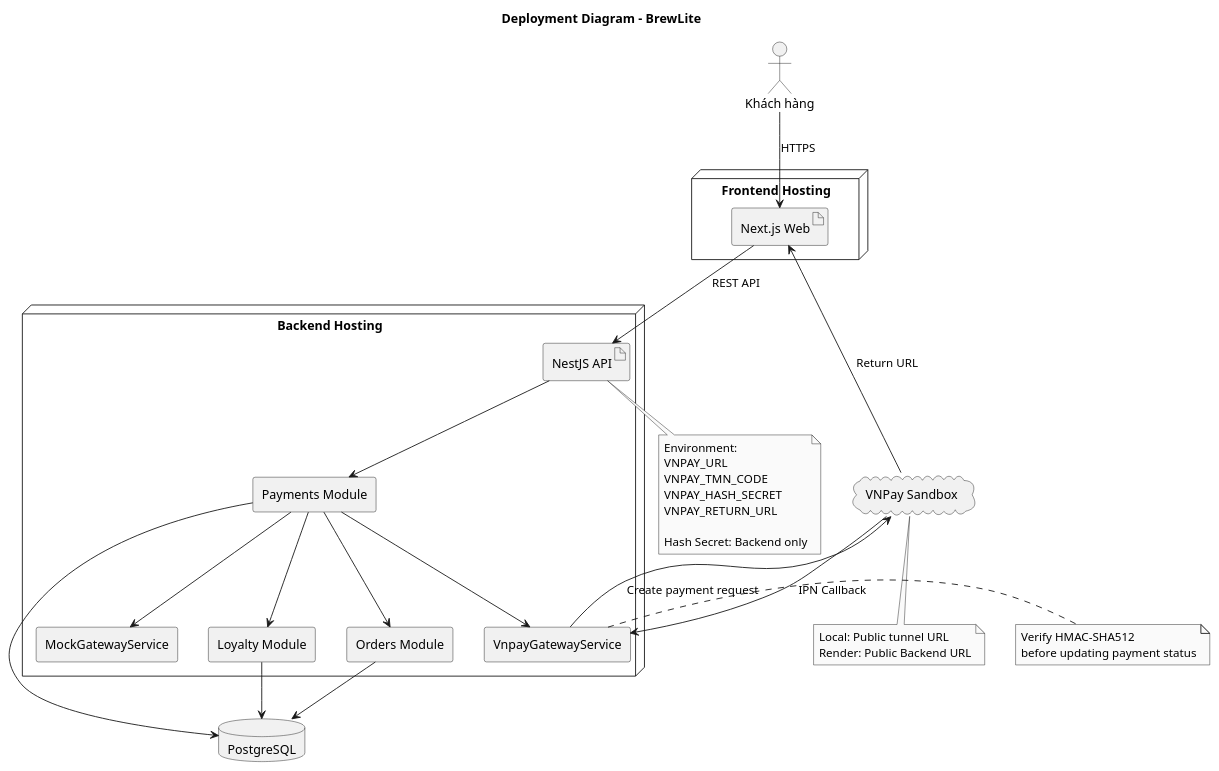
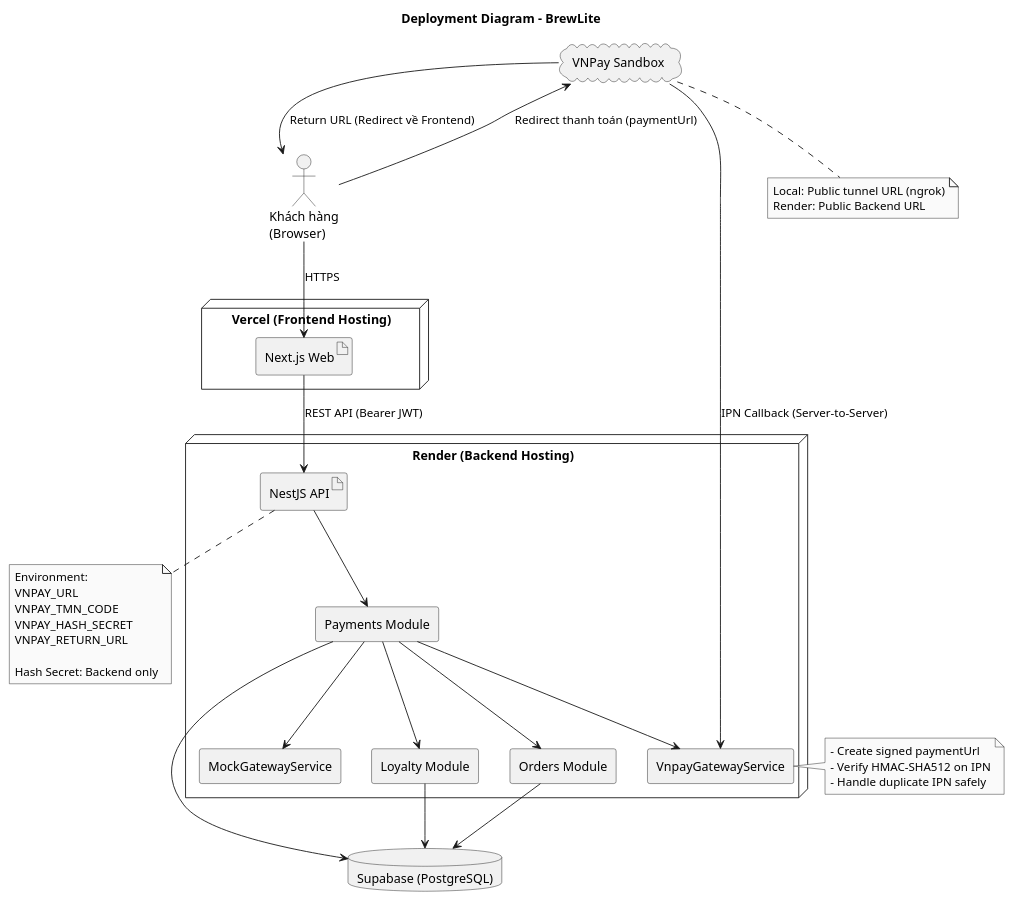
The diagram in docs/diagrams/deployment-production.puml (ChienPM-27/BrewLite_assignment2), drawn with PlantUML before and after one commit. The commit also changed other lines of this file and 7 other files, not shown here.

```diff
--- a/docs/diagrams/deployment-production.puml
+++ b/docs/diagrams/deployment-production.puml
@@ -2,65 +1,65 @@
 @startuml deployment-production
 title Deployment Diagram - BrewLite
 
 skinparam shadowing false
 skinparam defaultFontName Arial
 skinparam monochrome true
 skinparam componentStyle rectangle
 
-actor "Khách hàng" as Customer
+actor "Khách hàng\n(Browser)" as Customer
 
-node "Frontend Hosting" {
+node "Vercel (Frontend Hosting)" {
     artifact "Next.js Web" as Web
 }
 
-node "Backend Hosting" {
+node "Render (Backend Hosting)" {
     artifact "NestJS API" as API
 
     component "Payments Module" as Payments
     component "MockGatewayService" as Mock
     component "VnpayGatewayService" as Vnpay
     component "Orders Module" as Orders
     component "Loyalty Module" as Loyalty
 }
 
-database "PostgreSQL" as DB
+database "Supabase (PostgreSQL)" as DB
 cloud "VNPay Sandbox" as VNPay
 
 Customer --> Web : HTTPS
-Web --> API : REST API
+Web --> API : REST API (Bearer JWT)
+Customer --> VNPay : Redirect thanh toán (paymentUrl)
+VNPay --> Customer : Return URL (Redirect về Frontend)
+VNPay --> Vnpay : IPN Callback (Server-to-Server)
 
 API --> Payments
 Payments --> Mock
 Payments --> Vnpay
 Payments --> Orders
 Payments --> Loyalty
 
 Orders --> DB
 Payments --> DB
 Loyalty --> DB
 
-Vnpay --> VNPay : Create payment request
-VNPay --> Web : Return URL
-VNPay --> Vnpay : IPN Callback
-
 note right of Vnpay
-  Verify HMAC-SHA512
-  before updating payment status
+  - Create signed paymentUrl
+  - Verify HMAC-SHA512 on IPN
+  - Handle duplicate IPN safely
 end note
 
 note bottom of API
   Environment:
   VNPAY_URL
   VNPAY_TMN_CODE
   VNPAY_HASH_SECRET
   VNPAY_RETURN_URL
 
   Hash Secret: Backend only
 end note
 
 note bottom of VNPay
-  Local: Public tunnel URL
+  Local: Public tunnel URL (ngrok)
   Render: Public Backend URL
 end note
 
 @enduml
```
